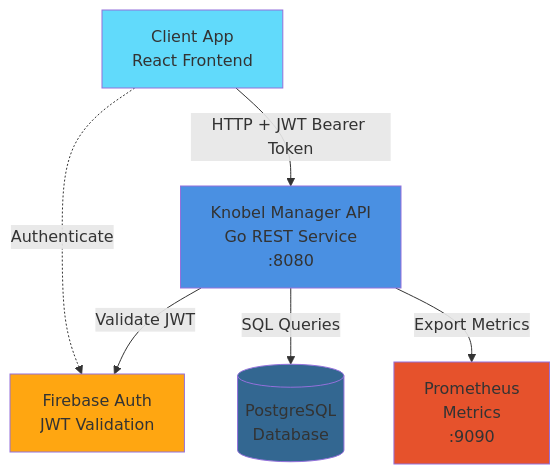
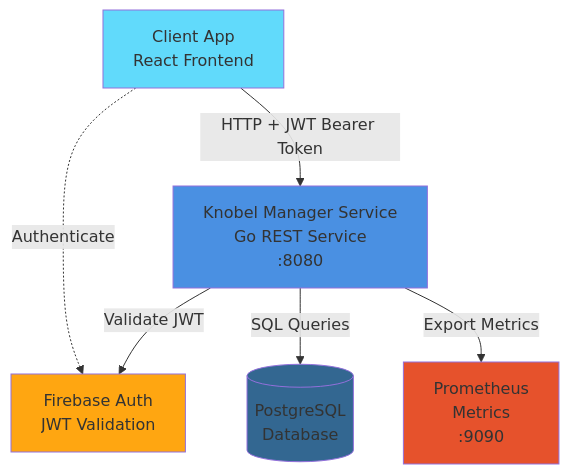
The diagram in README.md (henok321/knobel-manager-service), drawn with Mermaid before and after one commit. The commit also changed other lines of this file, not shown here.

````diff
--- a/README.md
+++ b/README.md
@@ -16,18 +16,18 @@
 ```mermaid
 graph TB
     Client[Client App<br/>React Frontend]
-    API[Knobel Manager API<br/>Go REST Service<br/>:8080]
+    API[Knobel Manager Service<br/>Go REST Service<br/>:8080]
     DB[(PostgreSQL<br/>Database)]
     Firebase[Firebase Auth<br/>JWT Validation]
     Metrics[Prometheus<br/>Metrics<br/>:9090]
     Client -->|HTTP + JWT Bearer Token| API
     Client -.->|Authenticate| Firebase
     API -->|Validate JWT| Firebase
     API -->|SQL Queries| DB
     API -->|Export Metrics| Metrics
     style API fill: #4A90E2
     style DB fill: #336791
     style Firebase fill: #FFA611
     style Client fill: #61DAFB
     style Metrics fill: #E6522C
 ```
````
